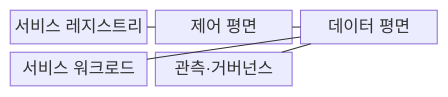
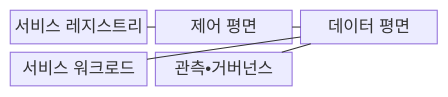
The first of 2 diagrams in src/content/docs/notes/08-latest-tech/162_service_mesh.md (agnusdei1207/knowledge-base), drawn with Mermaid before and after one commit. The commit also changed other lines of this file and 953 other files, not shown here.

````diff
--- a/src/content/docs/notes/08-latest-tech/162_service_mesh.md
+++ b/src/content/docs/notes/08-latest-tech/162_service_mesh.md
@@ -69,13 +69,13 @@
 ```mermaid
 block-beta
   columns 3
   registry["서비스 레지스트리"]
   control["제어 평면"]
   data["데이터 평면"]
   workload["서비스 워크로드"]
-  telemetry["관측·거버넌스"]
+  telemetry["관측•거버넌스"]
   registry --- control
   control --- data
   data --- workload
   data --- telemetry
 ```
````
